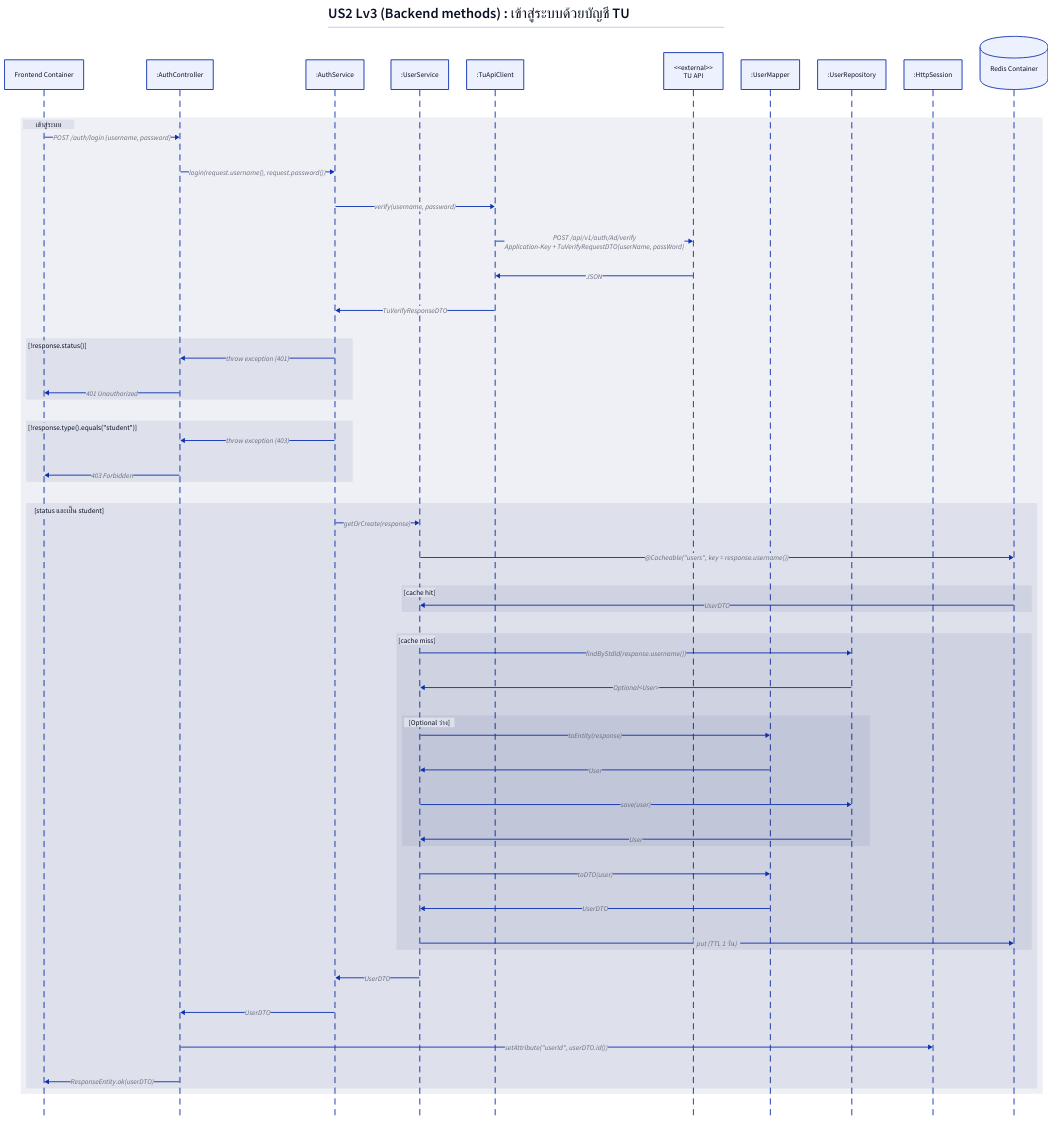
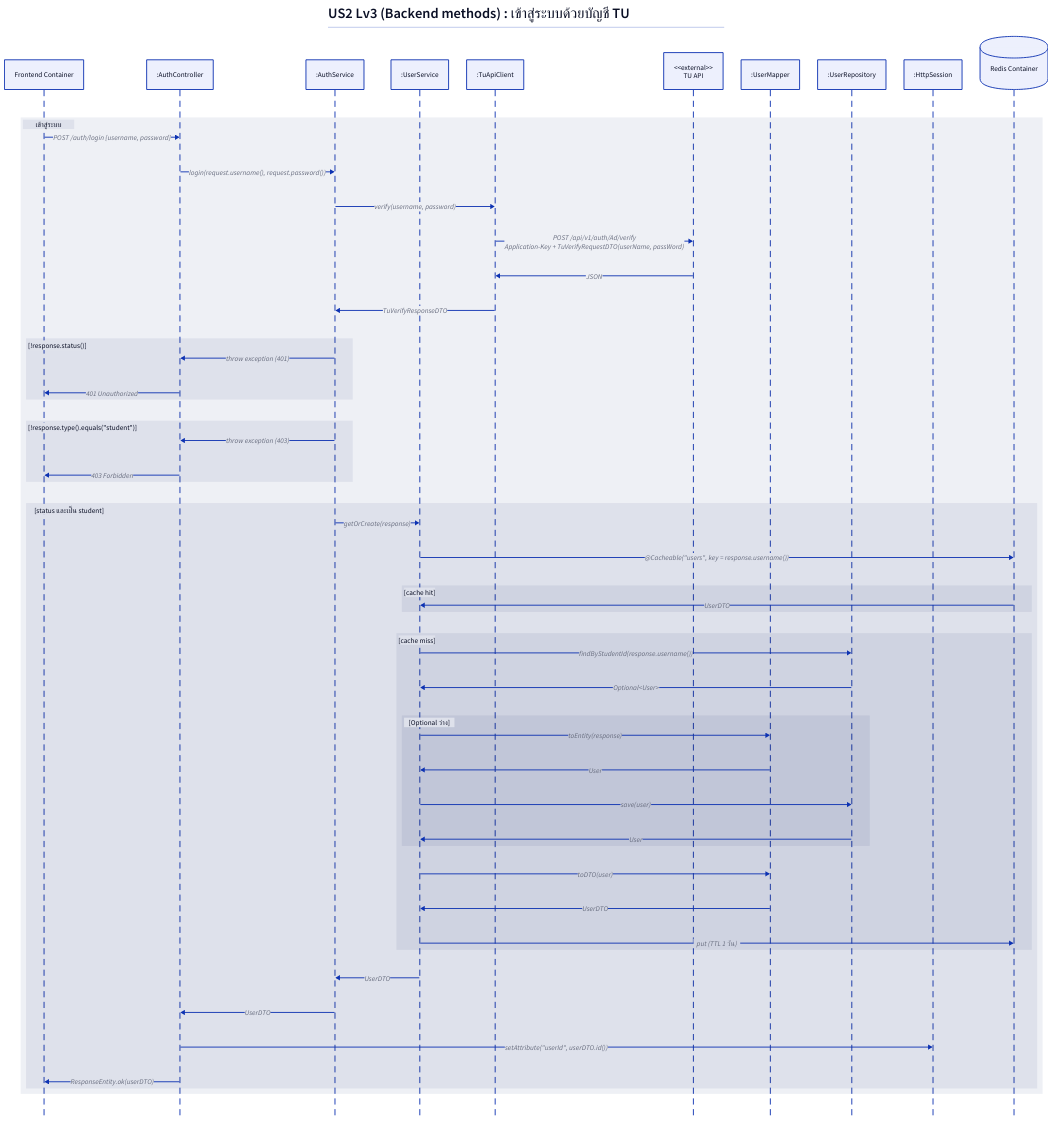
Before and after one commit to Saranwich/CS261: the diagram in docs/Diagrams/Sequences/US2/Lv3-backend.d2, drawn with D2. The commit also changed 8 other files, not shown here.

Commit message:
chore(diagrams): US2 add 403 not-student branch, rename stdId to studentId

```diff
--- a/docs/Diagrams/Sequences/US2/Lv3-backend.d2
+++ b/docs/Diagrams/Sequences/US2/Lv3-backend.d2
@@ -1,67 +1,67 @@
 shape: sequence_diagram
 
 title: |md
   # US2 Lv3 (Backend methods) : เข้าสู่ระบบด้วยบัญชี TU
 | {near: top-center}
 
 Frontend: Frontend Container
 Controller: ":AuthController"
 Service: ":AuthService"
 UserSvc: ":UserService"
 Client: ":TuApiClient"
 TUAPI: "<<external>>\nTU API"
 Mapper: ":UserMapper"
 Repository: ":UserRepository"
 Session: ":HttpSession"
 Redis: Redis Container {
     shape: cylinder
 }
 
 เข้าสู่ระบบ: {
     Frontend -> Controller: "POST /auth/login {username, password}"
     Controller -> Service: "login(request.username(), request.password())"
     Service -> Client: "verify(username, password)"
     Client -> TUAPI: "POST /api/v1/auth/Ad/verify\nApplication-Key + TuVerifyRequestDTO(userName, passWord)"
     TUAPI -> Client: JSON
     Client -> Service: TuVerifyResponseDTO
 
     fail: "[!response.status()]" {
         Service -> Controller: throw exception (401)
         Controller -> Frontend: 401 Unauthorized
     }
 
     not_student: "[!response.type().equals(\"student\")]" {
         Service -> Controller: throw exception (403)
         Controller -> Frontend: 403 Forbidden
     }
 
     success: "[status และเป็น student]" {
         Service -> UserSvc: "getOrCreate(response)"
         UserSvc -> Redis: "@Cacheable(\"users\", key = response.username())"
 
         cache_hit: "[cache hit]" {
             Redis -> UserSvc: UserDTO
         }
 
         cache_miss: "[cache miss]" {
-            UserSvc -> Repository: "findByStdId(response.username())"
+            UserSvc -> Repository: "findByStudentId(response.username())"
             Repository -> UserSvc: Optional<User>
 
             new_user: "[Optional ว่าง]" {
                 UserSvc -> Mapper: "toEntity(response)"
                 Mapper -> UserSvc: User
                 UserSvc -> Repository: "save(user)"
                 Repository -> UserSvc: User
             }
 
             UserSvc -> Mapper: "toDTO(user)"
             Mapper -> UserSvc: UserDTO
             UserSvc -> Redis: "put (TTL 1 วัน)"
         }
 
         UserSvc -> Service: UserDTO
         Service -> Controller: UserDTO
         Controller -> Session: "setAttribute(\"userId\", userDTO.id())"
         Controller -> Frontend: "ResponseEntity.ok(userDTO)"
     }
 }
```
